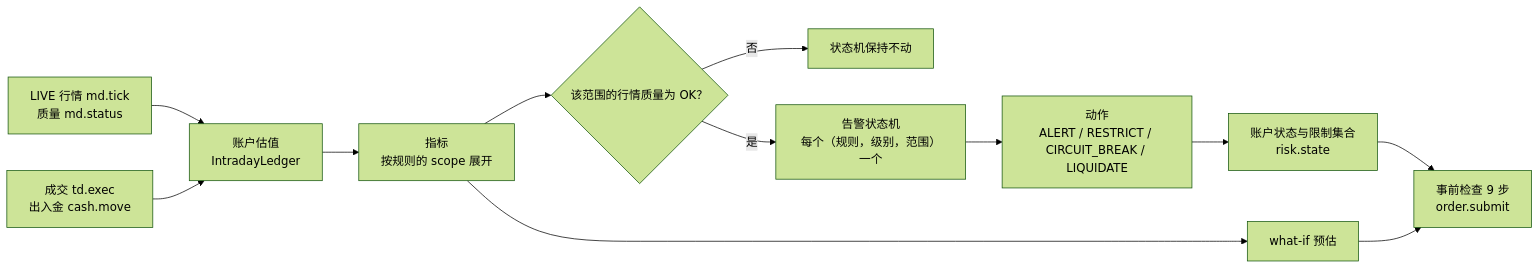
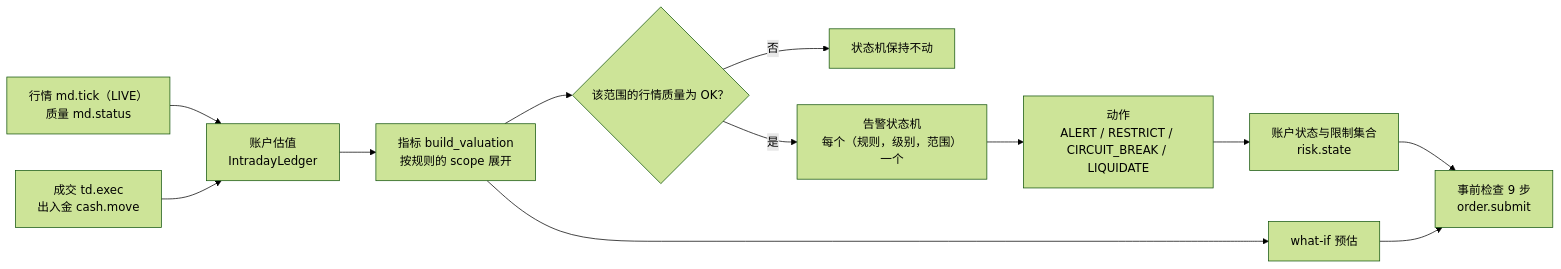
One commit to tom-xue-dev/futrisk changed the first of 3 diagrams in docs/04-risk-rules.md. Above: the diagram before and after it, drawn with Mermaid (forest theme). The commit also changed other lines of this file and 31 other files, not shown here.

First line of the commit message:
文档：按代码重建 docs 为 v1.0，全量验证并重拍截图

````diff
--- a/docs/04-risk-rules.md
+++ b/docs/04-risk-rules.md
@@ -69,14 +71,14 @@
 ```mermaid
 flowchart LR
-    T["LIVE 行情 md.tick<br/>质量 md.status"] --> V["账户估值<br/>IntradayLedger"]
+    T["行情 md.tick（LIVE）<br/>质量 md.status"] --> V["账户估值<br/>IntradayLedger"]
     F["成交 td.exec<br/>出入金 cash.move"] --> V
-    V --> M["指标<br/>按规则的 scope 展开"]
+    V --> M["指标 build_valuation<br/>按规则的 scope 展开"]
     M --> Q{"该范围的行情质量为 OK？"}
     Q -- 否 --> H["状态机保持不动"]
     Q -- 是 --> S["告警状态机<br/>每个（规则，级别，范围）一个"]
     S --> A["动作<br/>ALERT / RESTRICT / CIRCUIT_BREAK / LIQUIDATE"]
     A --> ST["账户状态与限制集合<br/>risk.state"]
     ST --> P["事前检查 9 步<br/>order.submit"]
     M --> W["what-if 预估"]
     W --> P
 ```
````
